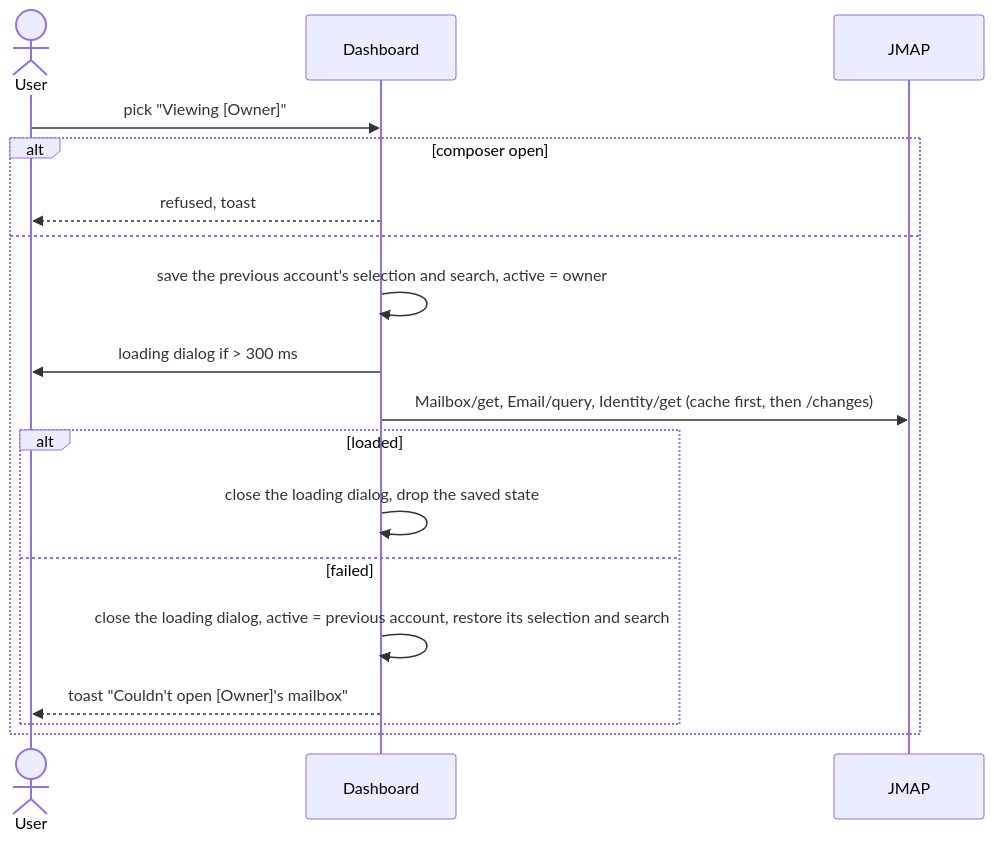
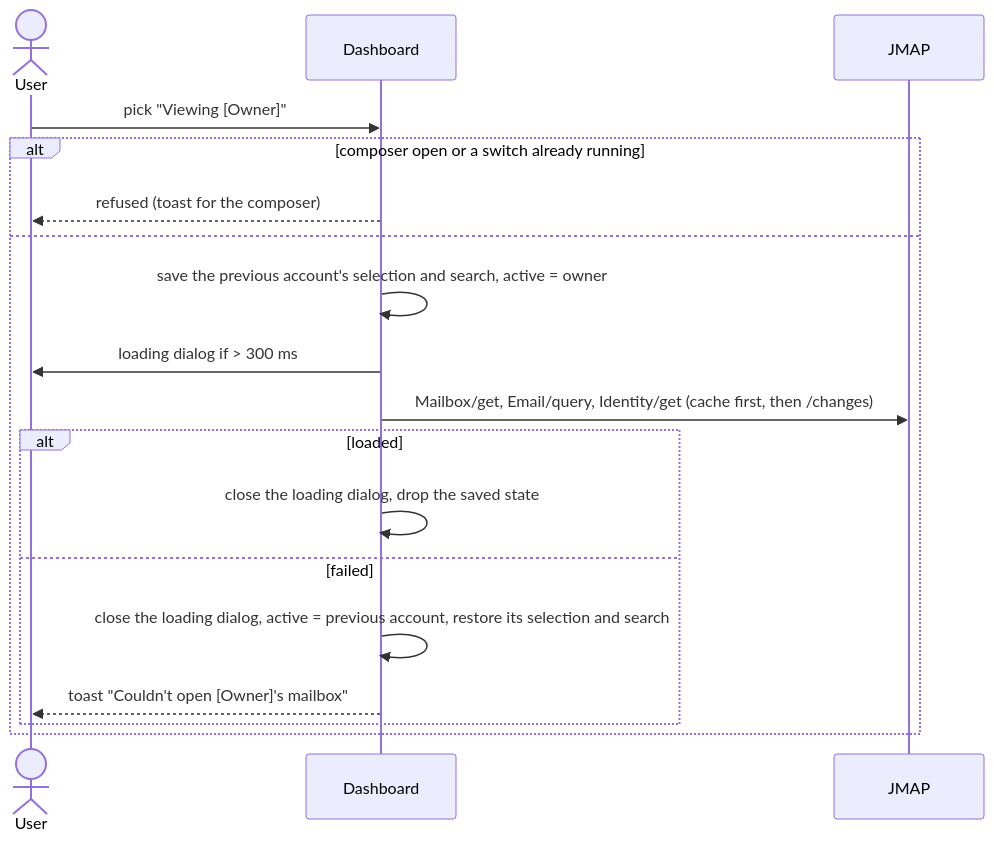
One commit to linagora/tmail-flutter changed the first of 2 diagrams in docs/adr/0114-delegated-mailbox-access.md. Above: the diagram before and after it, drawn with Mermaid. The commit also changed other lines of this file, not shown here.

````diff
--- a/docs/adr/0114-delegated-mailbox-access.md
+++ b/docs/adr/0114-delegated-mailbox-access.md
@@ -40,20 +40,20 @@
 ```mermaid
 sequenceDiagram
   actor U as User
   participant D as Dashboard
   participant J as JMAP
   U->>D: pick "Viewing [Owner]"
-  alt composer open
-    D-->>U: refused, toast
+  alt composer open or a switch already running
+    D-->>U: refused (toast for the composer)
   else
     D->>D: save the previous account's selection and search, active = owner
     D->>U: loading dialog if > 300 ms
     D->>J: Mailbox/get, Email/query, Identity/get (cache first, then /changes)
     alt loaded
       D->>D: close the loading dialog, drop the saved state
     else failed
       D->>D: close the loading dialog, active = previous account, restore its selection and search
       D-->>U: toast "Couldn't open [Owner]'s mailbox"
     end
   end
 ```
````
